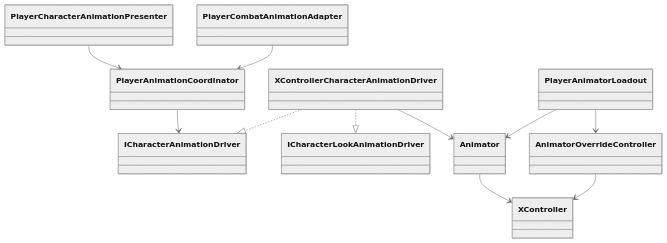
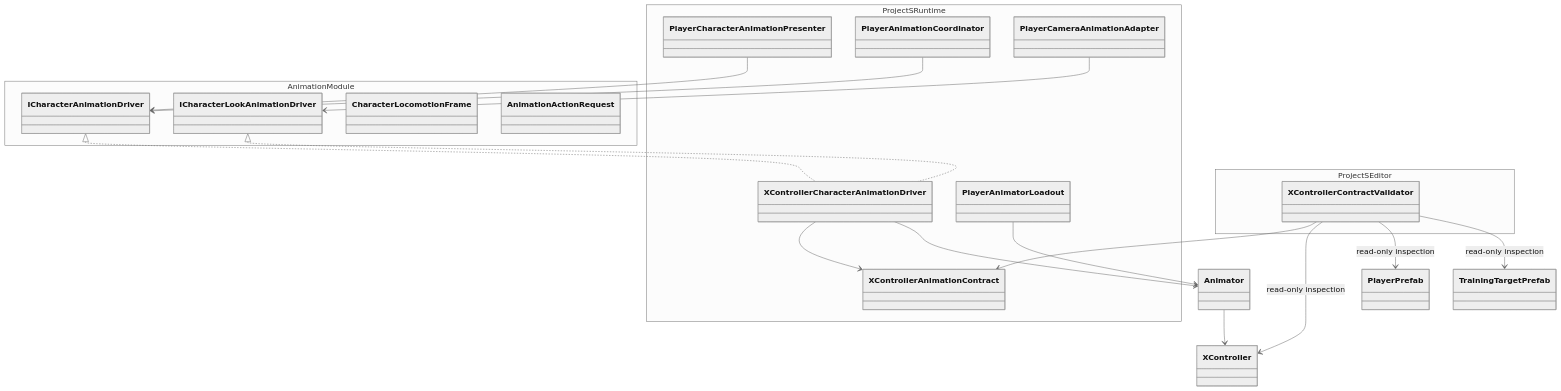
The first of 2 diagrams in Docs/Animation/CharacterAnimationCore.md (MaximFonariuc/project-s), drawn with Mermaid (neutral theme) before and after one commit. The commit also changed other lines of this file and 11 other files, not shown here.

Commit message:
feat: validate XController animation contract

````diff
--- a/Docs/Animation/CharacterAnimationCore.md
+++ b/Docs/Animation/CharacterAnimationCore.md
@@ -29,24 +27,41 @@
 ```mermaid
 classDiagram
-    class PlayerCharacterAnimationPresenter
-    class PlayerCombatAnimationAdapter
-    class PlayerAnimationCoordinator
-    class ICharacterAnimationDriver
-    class ICharacterLookAnimationDriver
-    class XControllerCharacterAnimationDriver
-    class PlayerAnimatorLoadout
+    namespace AnimationModule {
+        class ICharacterAnimationDriver
+        class ICharacterLookAnimationDriver
+        class CharacterLocomotionFrame
+        class AnimationActionRequest
+    }
+
+    namespace ProjectSRuntime {
+        class PlayerCharacterAnimationPresenter
+        class PlayerAnimationCoordinator
+        class PlayerCameraAnimationAdapter
+        class XControllerCharacterAnimationDriver
+        class XControllerAnimationContract
+        class PlayerAnimatorLoadout
+    }
+
+    namespace ProjectSEditor {
+        class XControllerContractValidator
+    }
+
     class Animator
     class XController
-    class AnimatorOverrideController
+    class PlayerPrefab
+    class TrainingTargetPrefab
 
-    PlayerCharacterAnimationPresenter --> PlayerAnimationCoordinator
-    PlayerCombatAnimationAdapter --> PlayerAnimationCoordinator
+    PlayerCharacterAnimationPresenter --> ICharacterAnimationDriver
     PlayerAnimationCoordinator --> ICharacterAnimationDriver
-    XControllerCharacterAnimationDriver ..|> ICharacterAnimationDriver
-    XControllerCharacterAnimationDriver ..|> ICharacterLookAnimationDriver
+    PlayerCameraAnimationAdapter --> ICharacterLookAnimationDriver
+    ICharacterAnimationDriver <|.. XControllerCharacterAnimationDriver
+    ICharacterLookAnimationDriver <|.. XControllerCharacterAnimationDriver
+    XControllerCharacterAnimationDriver --> XControllerAnimationContract
     XControllerCharacterAnimationDriver --> Animator
     Animator --> XController
     PlayerAnimatorLoadout --> Animator
-    PlayerAnimatorLoadout --> AnimatorOverrideController
-    AnimatorOverrideController --> XController
+    XControllerContractValidator --> XControllerAnimationContract
+    XControllerContractValidator --> XController : read-only inspection
+    XControllerContractValidator --> PlayerPrefab : read-only inspection
+    XControllerContractValidator --> TrainingTargetPrefab : read-only inspection
 ```
````
